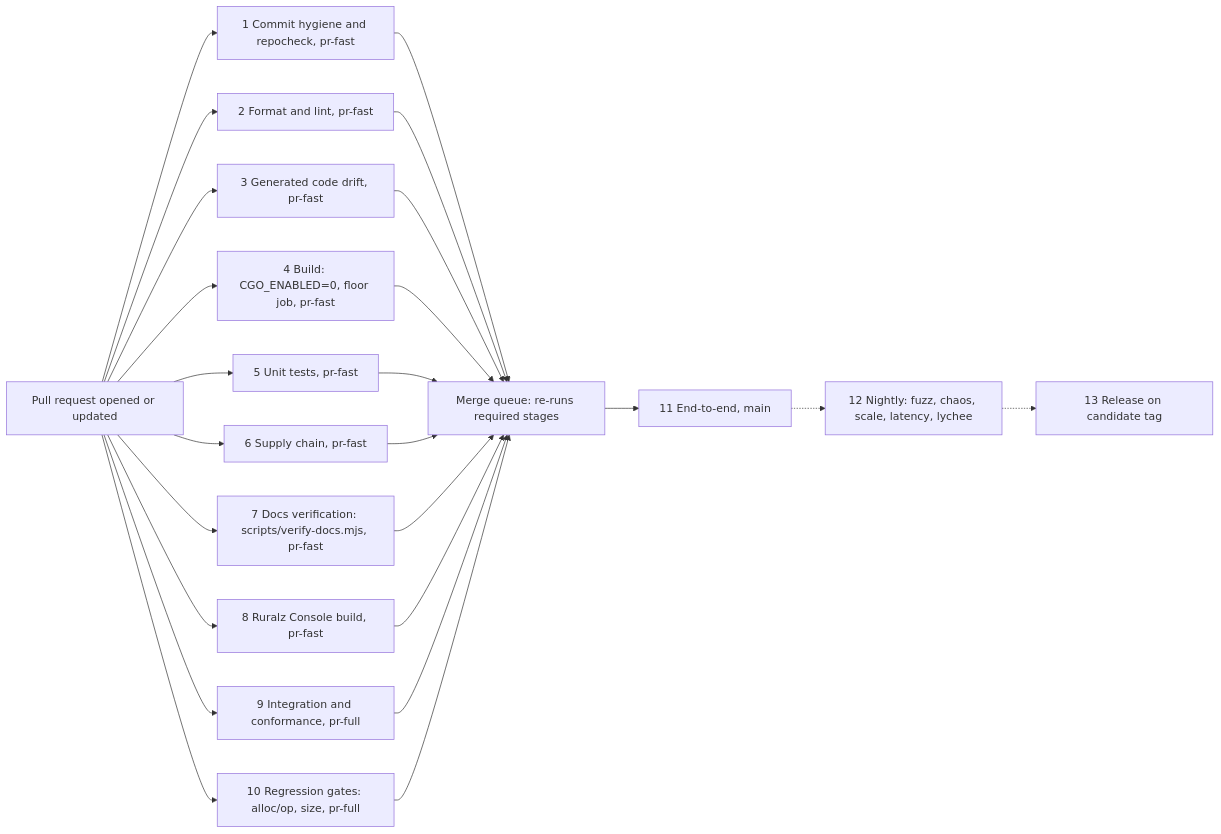
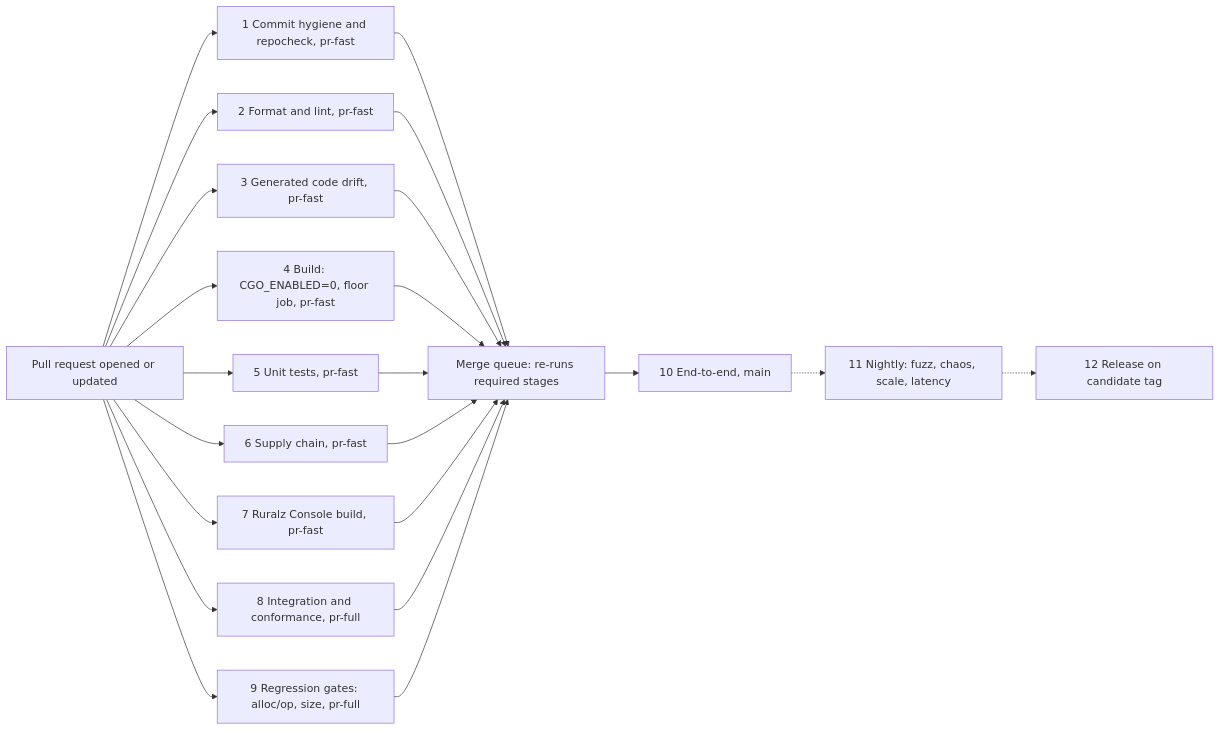
The third of 3 diagrams in docs/engineering/02-repository-layout-and-conventions.md (ravindu-rev/ruralz), drawn with Mermaid before and after one commit. The commit also changed other lines of this file and 153 other files, not shown here.

````diff
--- a/docs/engineering/02-repository-layout-and-conventions.md
+++ b/docs/engineering/02-repository-layout-and-conventions.md
@@ -469,41 +467,38 @@
 ```mermaid
 flowchart LR
   pr["Pull request opened or updated"]
   s1["1 Commit hygiene and repocheck, pr-fast"]
   s2["2 Format and lint, pr-fast"]
   s3["3 Generated code drift, pr-fast"]
   s4["4 Build: CGO_ENABLED=0, floor job, pr-fast"]
   s5["5 Unit tests, pr-fast"]
   s6["6 Supply chain, pr-fast"]
-  s7["7 Docs verification: scripts/verify-docs.mjs, pr-fast"]
-  s8["8 Ruralz Console build, pr-fast"]
-  s9["9 Integration and conformance, pr-full"]
-  s10["10 Regression gates: alloc/op, size, pr-full"]
+  s7["7 Ruralz Console build, pr-fast"]
+  s8["8 Integration and conformance, pr-full"]
+  s9["9 Regression gates: alloc/op, size, pr-full"]
   mq["Merge queue: re-runs required stages"]
-  s11["11 End-to-end, main"]
-  s12["12 Nightly: fuzz, chaos, scale, latency, lychee"]
-  s13["13 Release on candidate tag"]
+  s10["10 End-to-end, main"]
+  s11["11 Nightly: fuzz, chaos, scale, latency"]
+  s12["12 Release on candidate tag"]
   pr --> s1
   pr --> s2
   pr --> s3
   pr --> s4
   pr --> s5
   pr --> s6
   pr --> s7
   pr --> s8
   pr --> s9
-  pr --> s10
   s1 --> mq
   s2 --> mq
   s3 --> mq
   s4 --> mq
   s5 --> mq
   s6 --> mq
   s7 --> mq
   s8 --> mq
   s9 --> mq
-  s10 --> mq
-  mq --> s11
+  mq --> s10
+  s10 -.-> s11
   s11 -.-> s12
-  s12 -.-> s13
 ```
````
